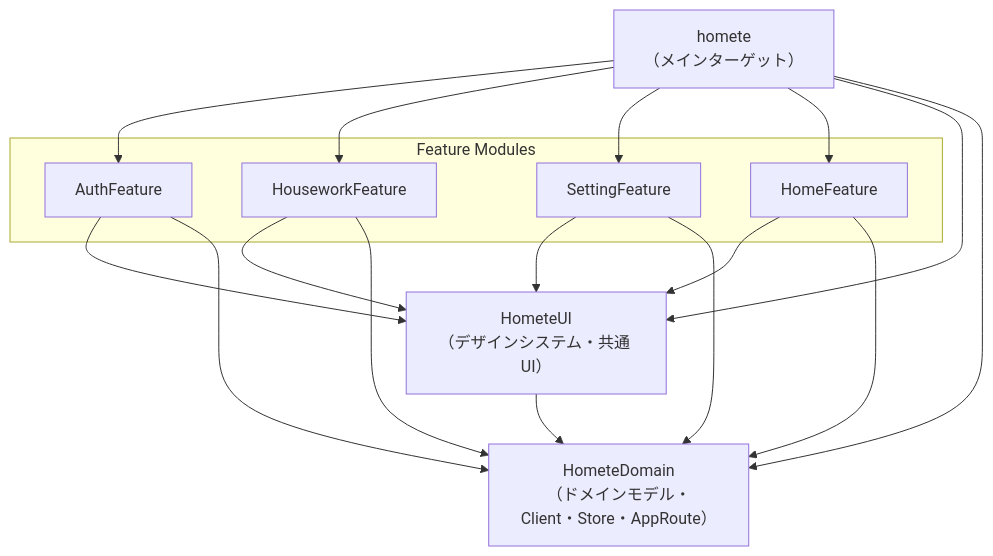
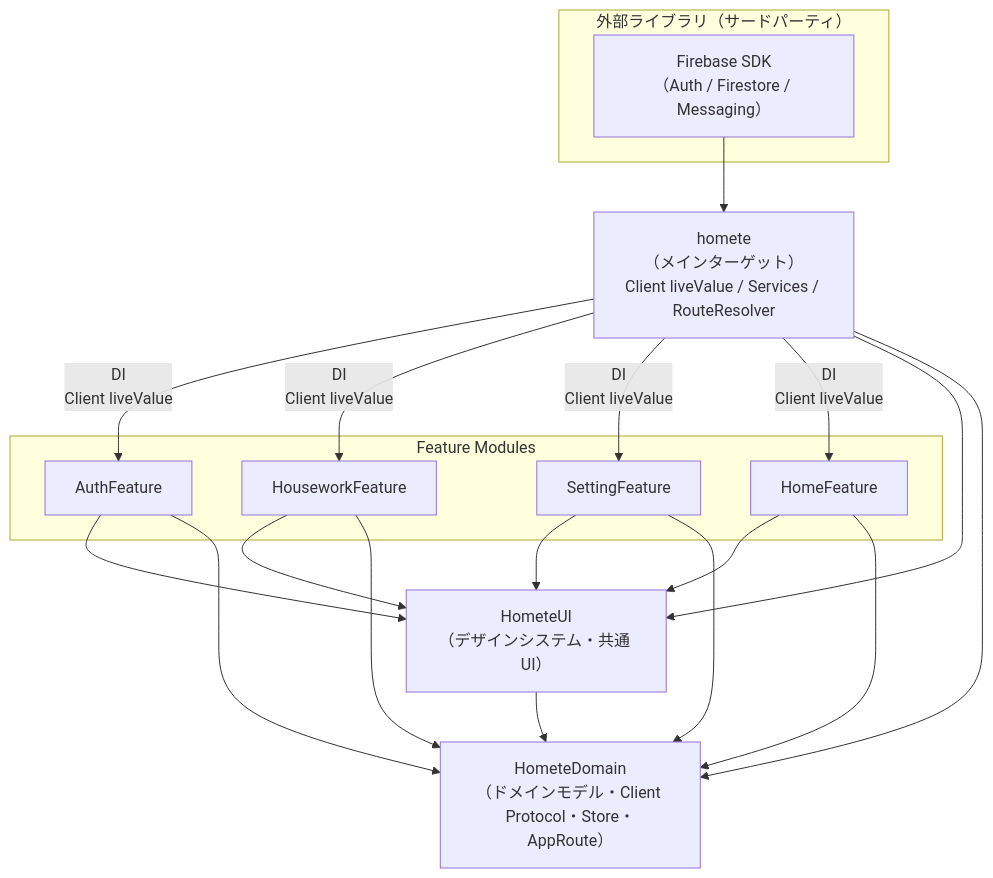
Before and after one commit to stotic-dev/homete_iOS: the diagram in doc/multimodules_structure.md, drawn with Mermaid. The commit also changed other lines of this file and 2 other files, not shown here.

Commit message:
refactor: 外部ライブラリの依存関係についても明示

````diff
--- a/doc/multimodules_structure.md
+++ b/doc/multimodules_structure.md
@@ -48,33 +48,39 @@
 ```mermaid
 graph TD
-    homete["homete\n（メインターゲット）"]
+    subgraph ExternalLibs["外部ライブラリ（サードパーティ）"]
+        Firebase["Firebase SDK\n（Auth / Firestore / Messaging）"]
+    end
+
+    homete["homete\n（メインターゲット）\nClient liveValue / Services / RouteResolver"]
 
     subgraph Features["Feature Modules"]
         AuthFeature
         HouseworkFeature
         SettingFeature
         HomeFeature
     end
 
     HometeUI["HometeUI\n（デザインシステム・共通 UI）"]
-    HometeDomain["HometeDomain\n（ドメインモデル・Client・Store・AppRoute）"]
+    HometeDomain["HometeDomain\n（ドメインモデル・Client Protocol・Store・AppRoute）"]
 
-    homete --> AuthFeature
-    homete --> HouseworkFeature
-    homete --> SettingFeature
-    homete --> HomeFeature
+    Firebase --> homete
+
+    homete -->|DI \n Client liveValue| AuthFeature
+    homete -->|DI \n Client liveValue| HouseworkFeature
+    homete -->|DI \n Client liveValue| SettingFeature
+    homete -->|DI \n Client liveValue| HomeFeature
     homete --> HometeUI
     homete --> HometeDomain
 
     AuthFeature --> HometeUI
     HouseworkFeature --> HometeUI
     SettingFeature --> HometeUI
     HomeFeature --> HometeUI
 
     AuthFeature --> HometeDomain
     HouseworkFeature --> HometeDomain
     SettingFeature --> HometeDomain
     HomeFeature --> HometeDomain
 
     HometeUI --> HometeDomain
 ```
````
